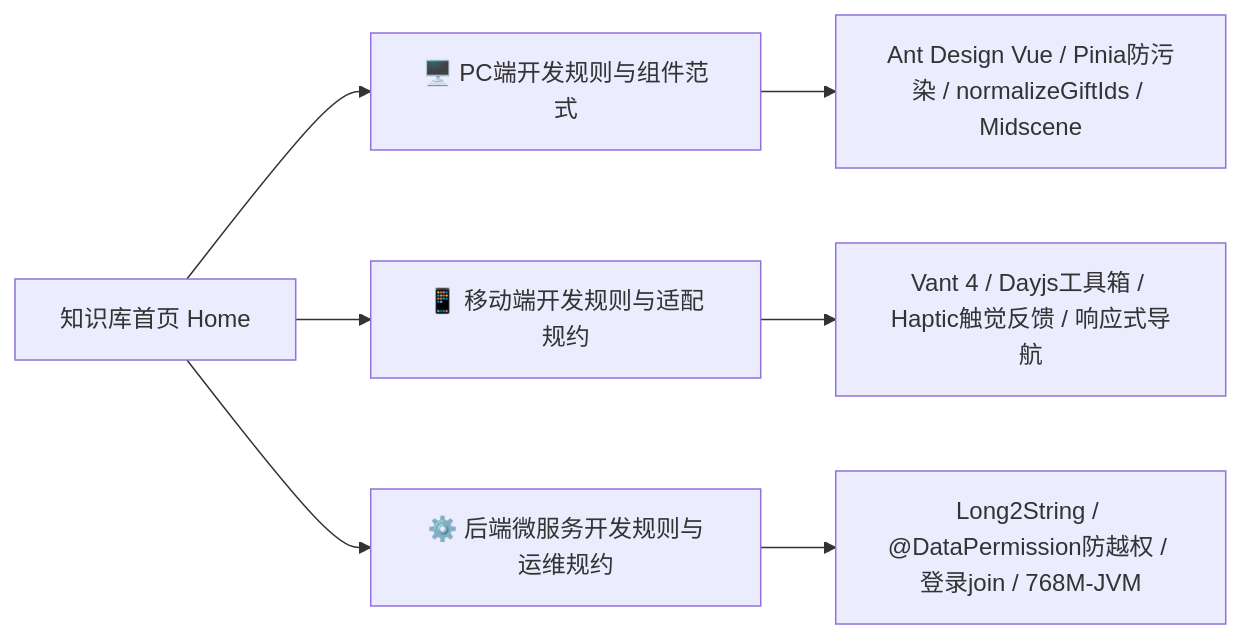
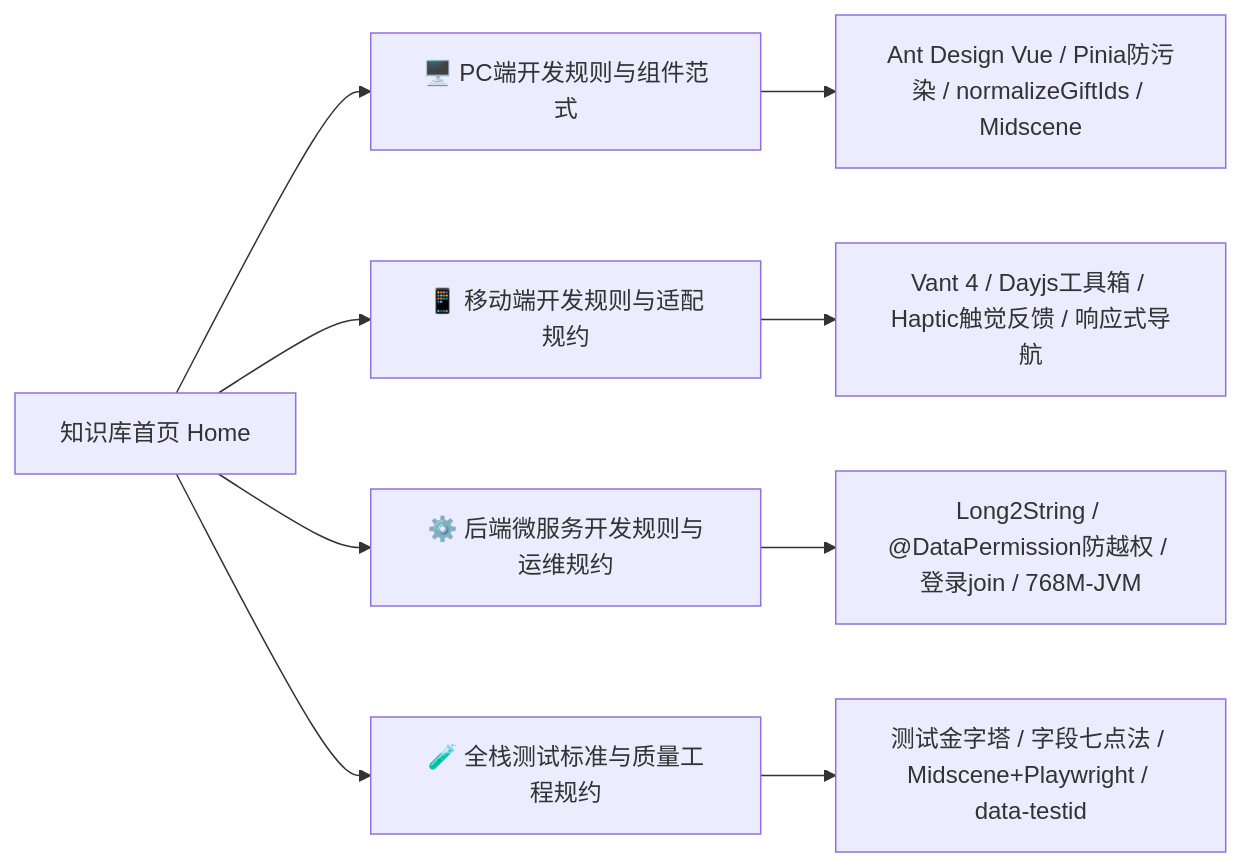
One commit to AlexhahahaDrag/my_alex_brain changed the diagram in Home.md. Above: the diagram before and after it, drawn with Mermaid. The commit also changed other lines of this file and 1 other file, not shown here.

Commit message:
docs: add testing standards and update Home index

````diff
--- a/Home.md
+++ b/Home.md
@@ -37,10 +37,12 @@
 ```mermaid
 graph LR
     Home[知识库首页 Home] --> PC[🖥️ PC端开发规则与组件范式]
     Home --> Mobile[📱 移动端开发规则与适配规约]
     Home --> Backend[⚙️ 后端微服务开发规则与运维规约]
+    Home --> Test[🧪 全栈测试标准与质量工程规约]
     
     PC --> PC_Desc["Ant Design Vue / Pinia防污染 / normalizeGiftIds / Midscene"]
     Mobile --> Mobile_Desc["Vant 4 / Dayjs工具箱 / Haptic触觉反馈 / 响应式导航"]
     Backend --> Backend_Desc["Long2String / @DataPermission防越权 / 登录join / 768M-JVM"]
+    Test --> Test_Desc["测试金字塔 / 字段七点法 / Midscene+Playwright / data-testid"]
 ```
````
